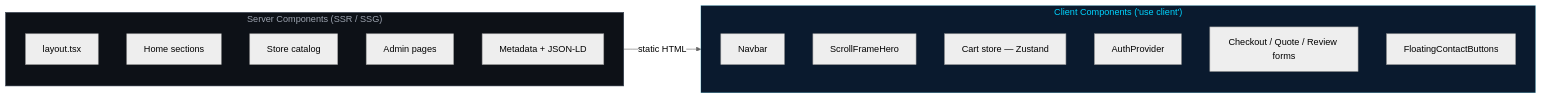
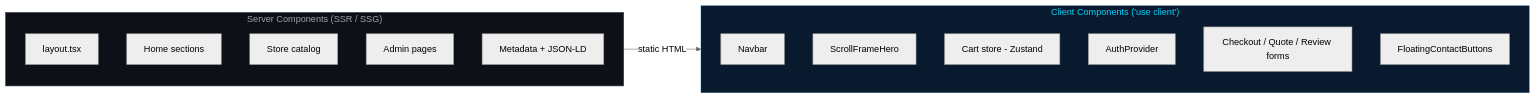
The seventh of 7 diagrams in README.md (Mohammad-AlBaker-Zaytoun/jilber_car_tune_store), drawn with Mermaid (neutral theme) before and after one commit. The commit also changed other lines of this file, not shown here.

Commit message:
fix: update README for improved route descriptions and diagram clarity

````diff
--- a/README.md
+++ b/README.md
@@ -296,24 +296,24 @@
 ```mermaid
 flowchart LR
     subgraph Server["Server Components (SSR / SSG)"]
         LAY[layout.tsx]
         HOME_S[Home sections]
         STORE_S[Store catalog]
         ADMIN_S[Admin pages]
         SEO[Metadata + JSON-LD]
     end
 
     subgraph Client["Client Components ('use client')"]
         NAV[Navbar]
         HERO[ScrollFrameHero]
-        CART_C[Cart store — Zustand]
+        CART_C["Cart store - Zustand"]
         AUTH_C[AuthProvider]
         FORMS[Checkout / Quote / Review forms]
         FLOAT[FloatingContactButtons]
     end
 
     Server -->|static HTML| Client
 
     style Server fill:#0d1117,stroke:#374151,color:#9ca3af
     style Client fill:#0a1a2e,stroke:#00d4ff40,color:#00d4ff
 ```
````
